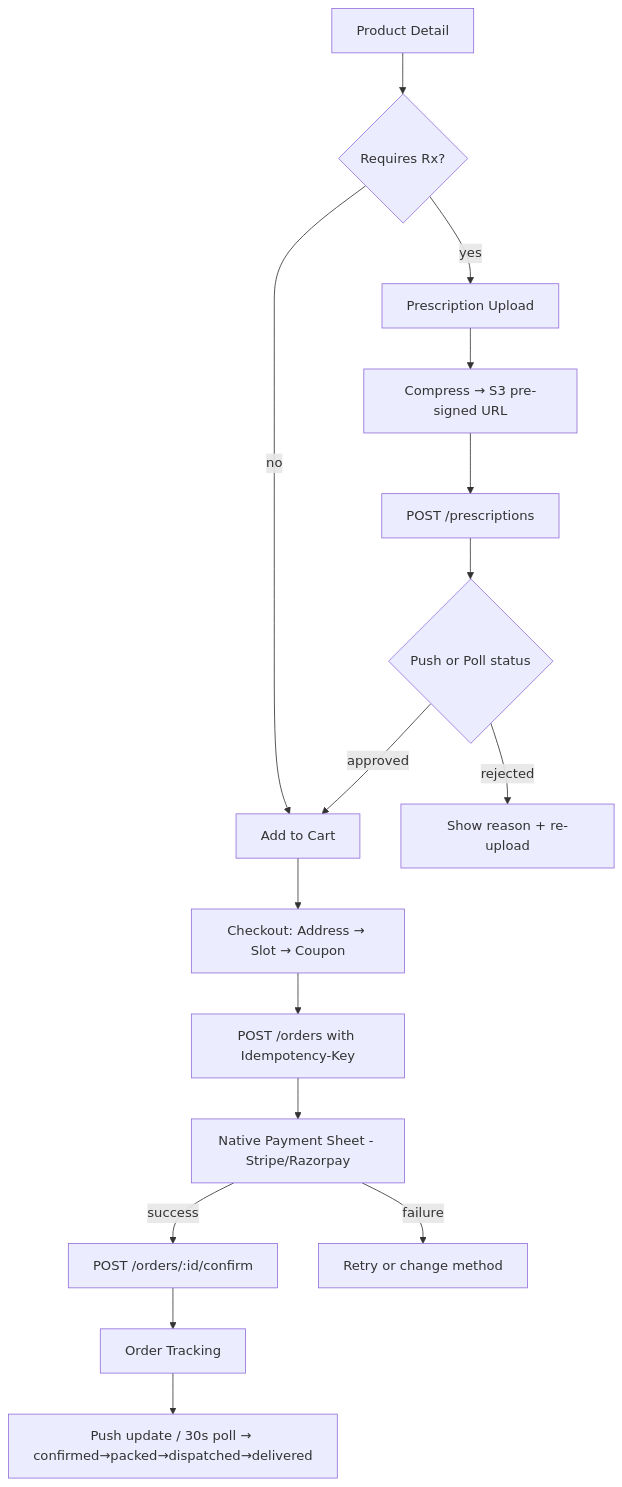
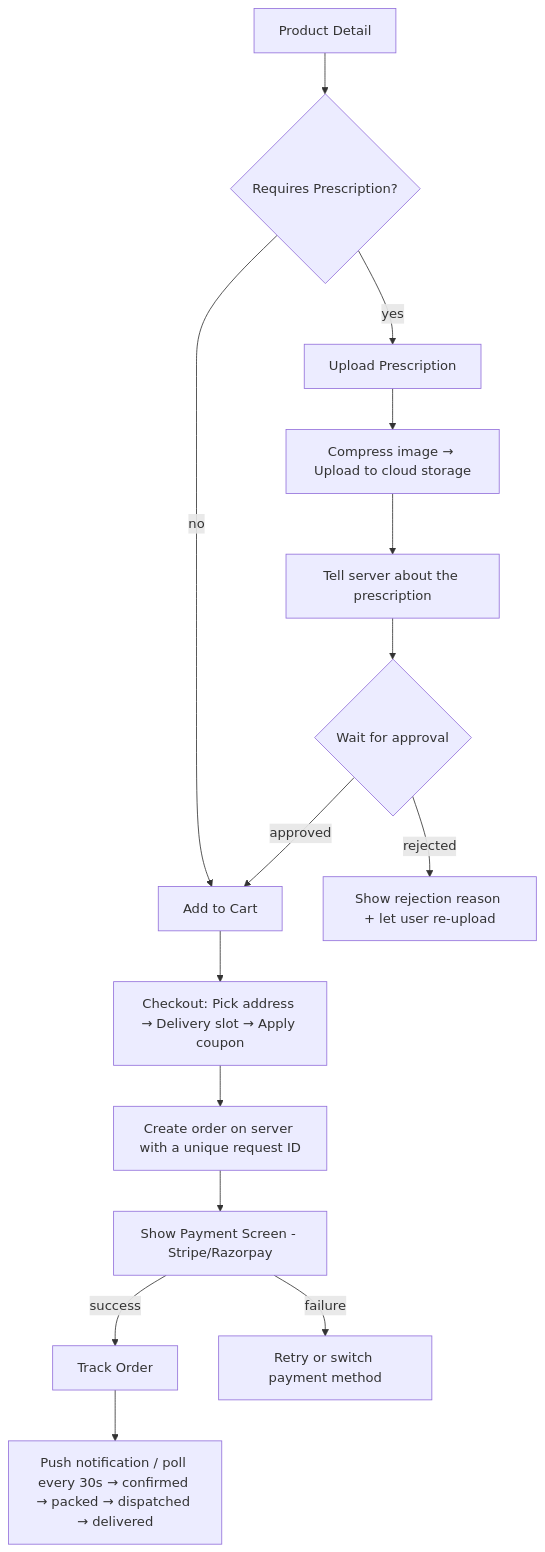
One commit to shubhamd99/private-learnings changed the diagram in GreatFrontend/SystemDesign/DesignMedicineOrderFlow.md. Above: the diagram before and after it, drawn with Mermaid. The commit also changed other lines of this file, not shown here.

Commit message:
design medicine order flow

````diff
--- a/GreatFrontend/SystemDesign/DesignMedicineOrderFlow.md
+++ b/GreatFrontend/SystemDesign/DesignMedicineOrderFlow.md
@@ -5,19 +5,18 @@
 ```mermaid
 graph TD
-    PDP[Product Detail] --> RX{Requires Rx?}
+    PDP[Product Detail] --> RX{Requires Prescription?}
     RX -->|no| CART[Add to Cart]
-    RX -->|yes| RX_UPLOAD[Prescription Upload]
-    RX_UPLOAD --> UPLOAD_S3[Compress → S3 pre-signed URL]
-    UPLOAD_S3 --> POST_RX[POST /prescriptions]
-    POST_RX --> POLL{Push or Poll status}
+    RX -->|yes| RX_UPLOAD[Upload Prescription]
+    RX_UPLOAD --> UPLOAD_S3[Compress image → Upload to cloud storage]
+    UPLOAD_S3 --> POST_RX[Tell server about the prescription]
+    POST_RX --> POLL{Wait for approval}
     POLL -->|approved| CART
-    POLL -->|rejected| REJECT[Show reason + re-upload]
+    POLL -->|rejected| REJECT[Show rejection reason + let user re-upload]
 
-    CART --> CHECKOUT[Checkout: Address → Slot → Coupon]
-    CHECKOUT --> INIT_ORDER[POST /orders with Idempotency-Key]
-    INIT_ORDER --> SHEET[Native Payment Sheet - Stripe/Razorpay]
-    SHEET -->|success| CONFIRM[POST /orders/:id/confirm]
-    SHEET -->|failure| RETRY[Retry or change method]
-    CONFIRM --> TRACK[Order Tracking]
-    TRACK --> STATUS[Push update / 30s poll → confirmed→packed→dispatched→delivered]
+    CART --> CHECKOUT[Checkout: Pick address → Delivery slot → Apply coupon]
+    CHECKOUT --> INIT_ORDER[Create order on server with a unique request ID]
+    INIT_ORDER --> SHEET[Show Payment Screen - Stripe/Razorpay]
+    SHEET -->|success| TRACK[Track Order]
+    SHEET -->|failure| RETRY[Retry or switch payment method]
+    TRACK --> STATUS[Push notification / poll every 30s → confirmed → packed → dispatched → delivered]
 ```
````
